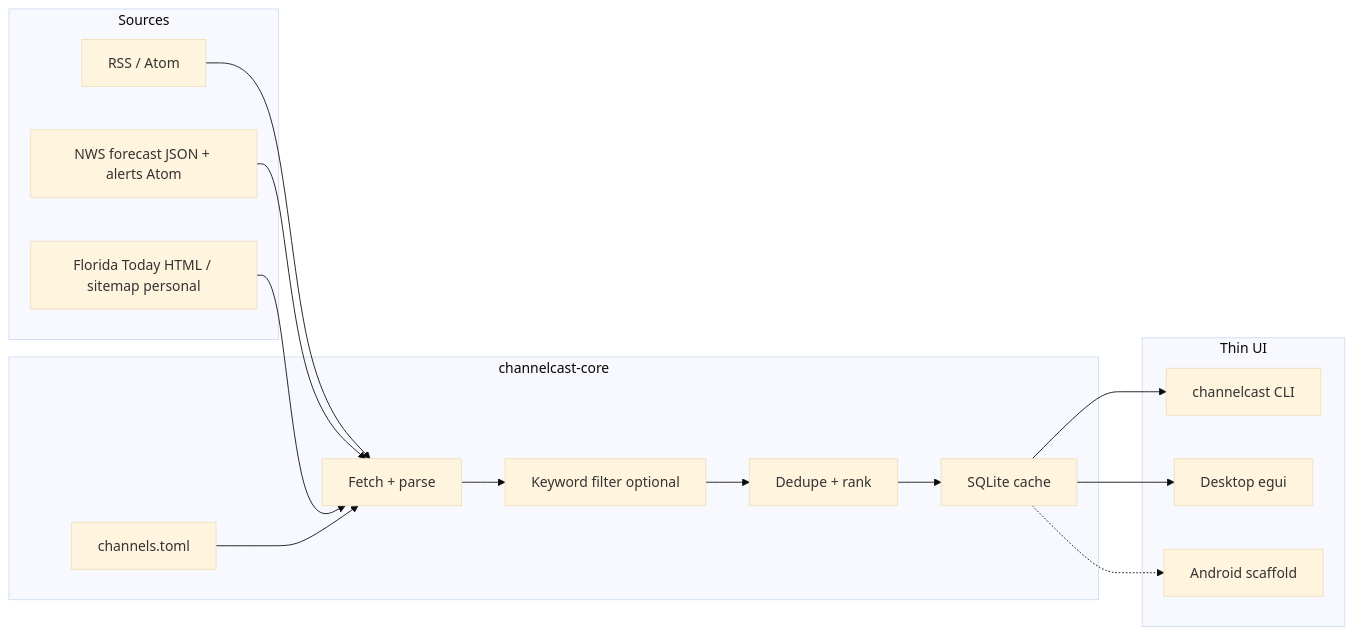
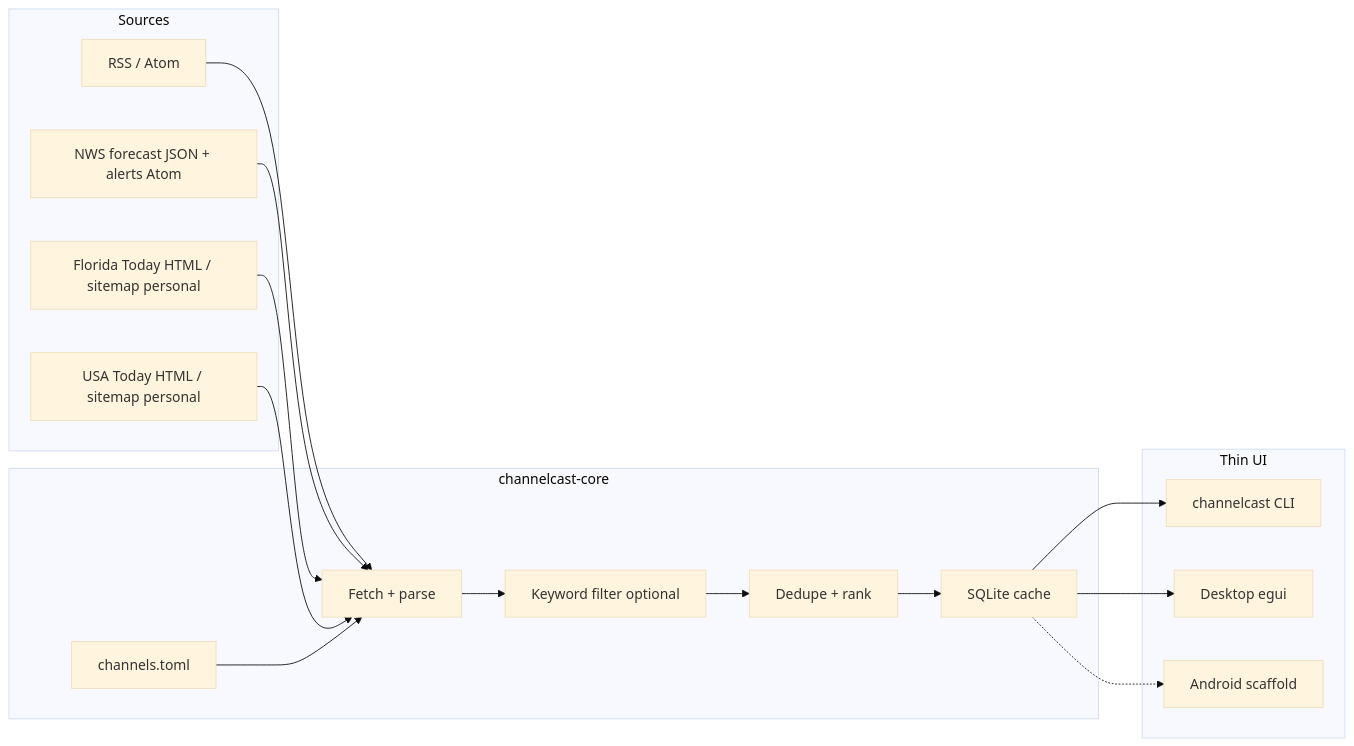
Before and after one commit to cruiseliner/channelcast: the diagram in README.md, drawn with Mermaid (base theme). The commit also changed other lines of this file and 10 other files, not shown here.

First line of the commit message:
Add USA Today Gannett HTML/sitemap for top, tech, entertainment

````diff
--- a/README.md
+++ b/README.md
@@ -25,27 +25,29 @@
 ```mermaid
 flowchart LR
   subgraph sources [Sources]
     RSS[RSS / Atom]
     NWS[NWS forecast JSON + alerts Atom]
     FT[Florida Today HTML / sitemap personal]
+    USA[USA Today HTML / sitemap personal]
   end
   subgraph core [channelcast-core]
     Cfg[channels.toml]
     Fetch[Fetch + parse]
     Kw[Keyword filter optional]
     Rank[Dedupe + rank]
     Store[SQLite cache]
   end
   subgraph ui [Thin UI]
     CLI[channelcast CLI]
     Desk[Desktop egui]
     And[Android scaffold]
   end
   RSS --> Fetch
   NWS --> Fetch
   FT --> Fetch
+  USA --> Fetch
   Cfg --> Fetch --> Kw --> Rank --> Store
   Store --> CLI
   Store --> Desk
   Store -.-> And
 ```
````
